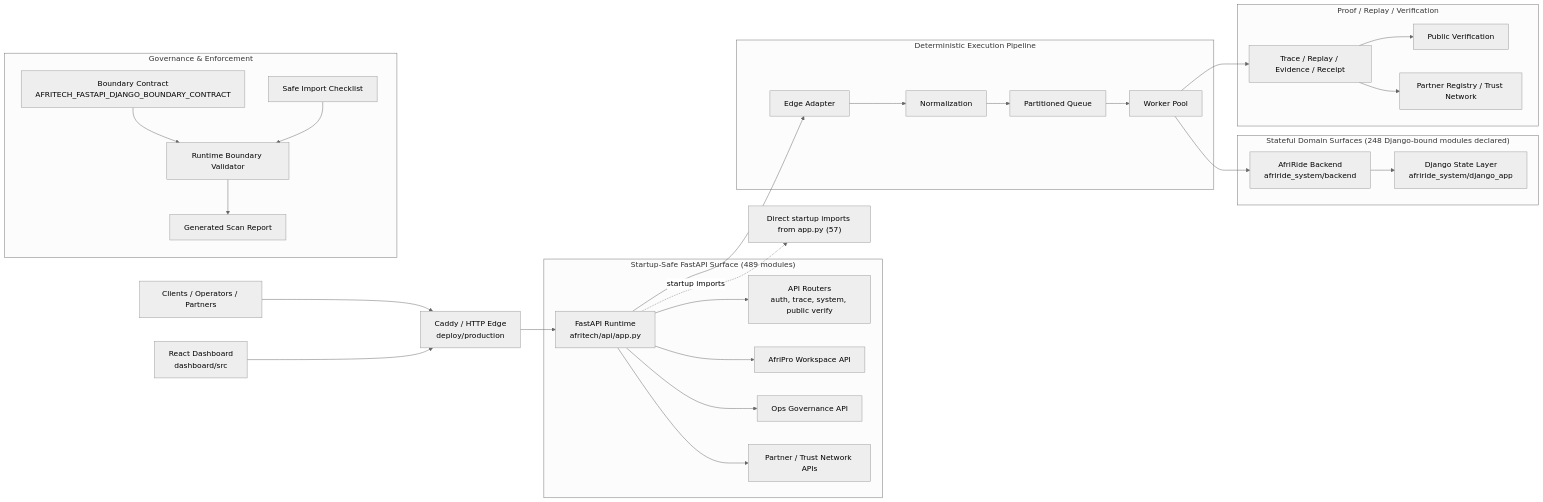
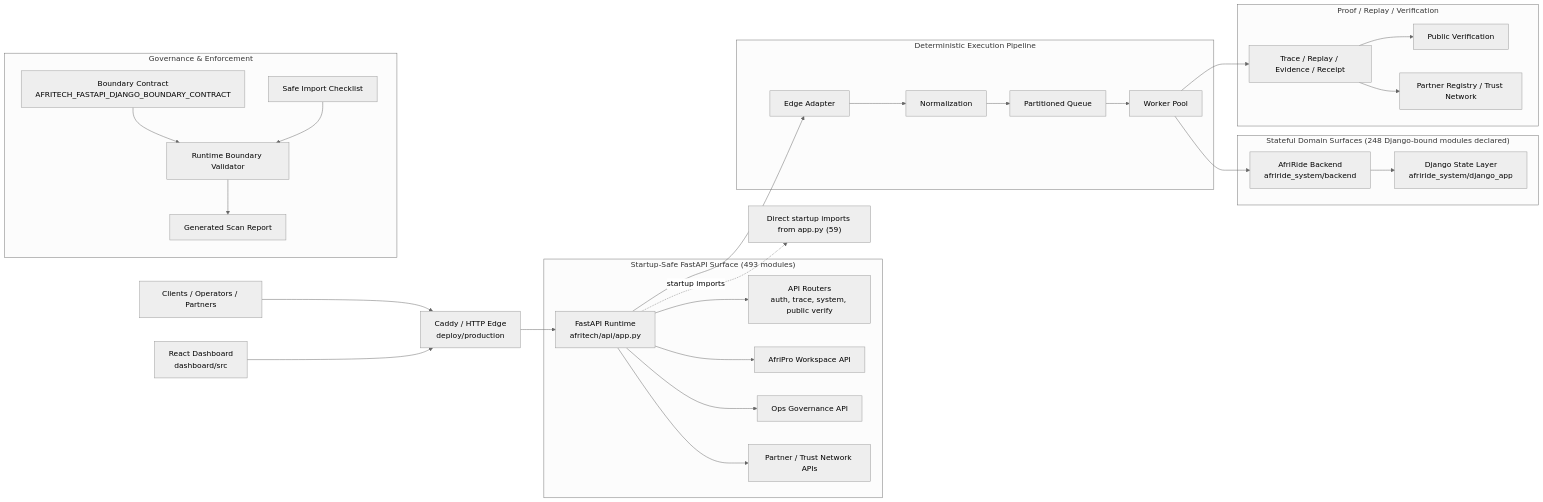
The first of 2 diagrams in docs/architecture/AFRITECH_FULL_ARCHITECTURE_GRAPH.md (Strelly2023/afritelematics), drawn with Mermaid (neutral theme) before and after one commit. The commit also changed other lines of this file and 7 other files, not shown here.

````diff
--- a/docs/architecture/AFRITECH_FULL_ARCHITECTURE_GRAPH.md
+++ b/docs/architecture/AFRITECH_FULL_ARCHITECTURE_GRAPH.md
@@ -22,39 +22,39 @@
 ```mermaid
 flowchart LR
     Client["Clients / Operators / Partners"] --> Edge["Caddy / HTTP Edge\ndeploy/production"]
     Dashboard["React Dashboard\ndashboard/src"] --> Edge
     Edge --> App["FastAPI Runtime\nafritech/api/app.py"]
 
-    subgraph FastAPI["Startup-Safe FastAPI Surface (489 modules)"]
+    subgraph FastAPI["Startup-Safe FastAPI Surface (493 modules)"]
         App --> Api["API Routers\nauth, trace, system, public verify"]
         App --> Workspace["AfriPro Workspace API"]
         App --> Governance["Ops Governance API"]
         App --> Trust["Partner / Trust Network APIs"]
     end
 
     subgraph Pipeline["Deterministic Execution Pipeline"]
         App --> Adapt["Edge Adapter"]
         Adapt --> Normalize["Normalization"]
         Normalize --> Queue["Partitioned Queue"]
         Queue --> Worker["Worker Pool"]
     end
 
     subgraph State["Stateful Domain Surfaces (248 Django-bound modules declared)"]
         Worker --> Domain["AfriRide Backend\nafriride_system/backend"]
         Domain --> Django["Django State Layer\nafriride_system/django_app"]
     end
 
     subgraph Proof["Proof / Replay / Verification"]
         Worker --> Trace["Trace / Replay / Evidence / Receipt"]
         Trace --> Public["Public Verification"]
         Trace --> Registry["Partner Registry / Trust Network"]
     end
 
     subgraph GovernancePlane["Governance & Enforcement"]
         Contract["Boundary Contract\nAFRITECH_FASTAPI_DJANGO_BOUNDARY_CONTRACT"] --> Validator["Runtime Boundary Validator"]
         Checklist["Safe Import Checklist"] --> Validator
         Validator --> Review["Generated Scan Report"]
     end
 
-    App -. startup imports .-> Imports["Direct startup imports from app.py (57)"]
+    App -. startup imports .-> Imports["Direct startup imports from app.py (59)"]
 ```
````
